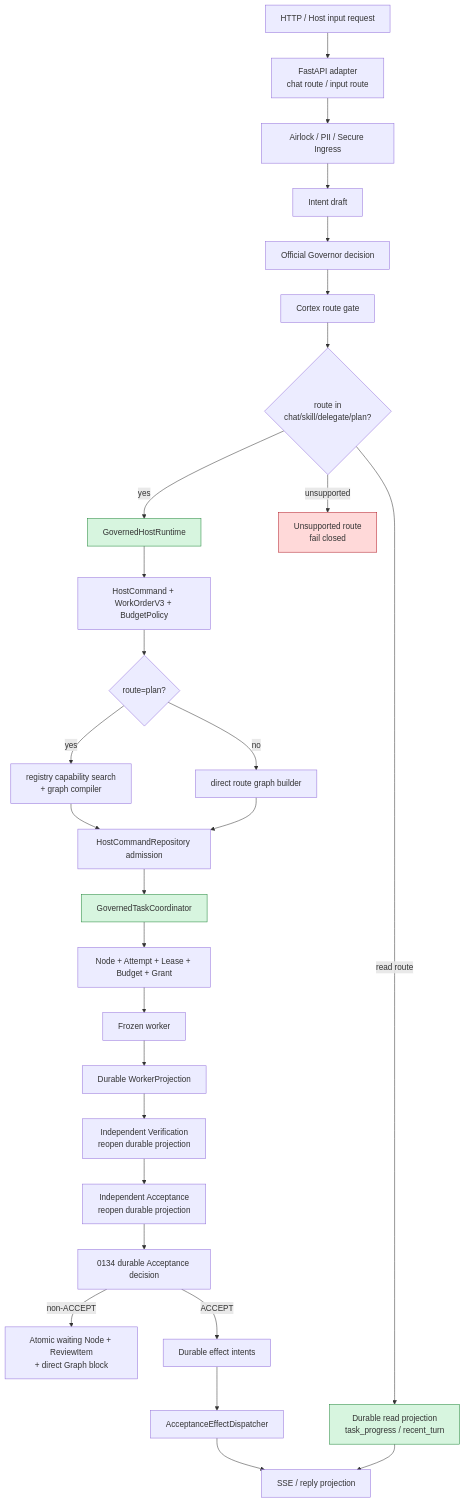
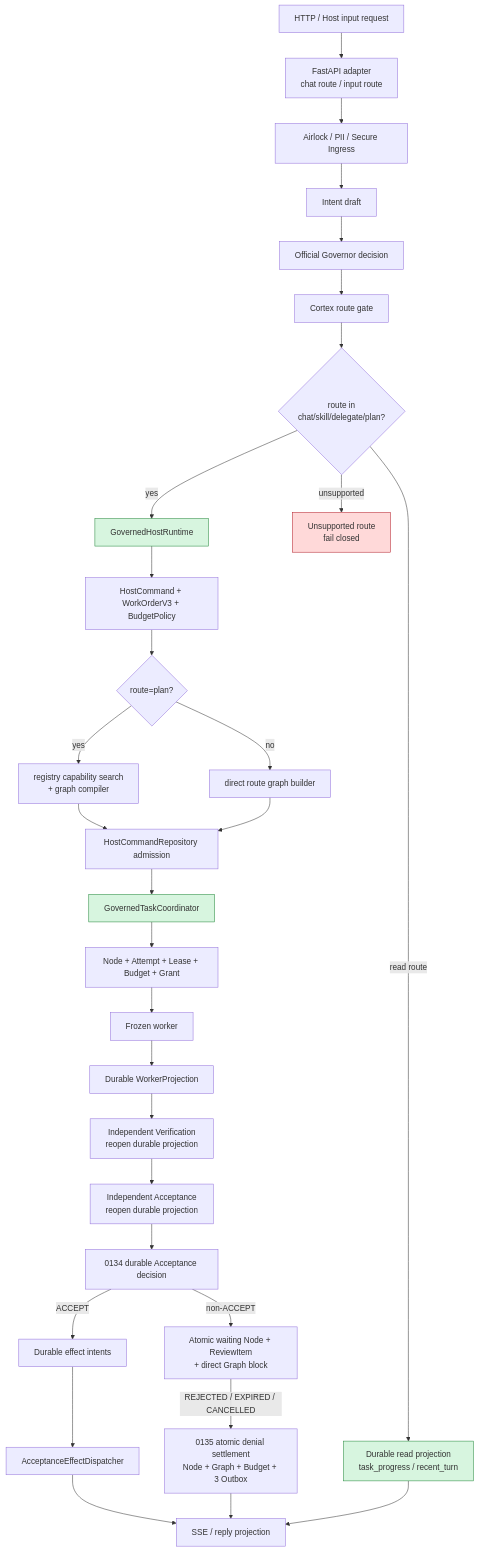
One commit to SakuraYoruno/Natsume_Ai changed the first of 4 diagrams in docs/50_project/arch/diagrams/02_main_chain_flow.md. Above: the diagram before and after it, drawn with Mermaid. The commit also changed other lines of this file and 35 other files, not shown here.

````diff
--- a/docs/50_project/arch/diagrams/02_main_chain_flow.md
+++ b/docs/50_project/arch/diagrams/02_main_chain_flow.md
@@ -13,44 +13,46 @@
 ```mermaid
 flowchart TD
     REQ["HTTP / Host input request"]
     ROUTE["FastAPI adapter\nchat route / input route"]
     AIR["Airlock / PII / Secure Ingress"]
     INTENT["Intent draft"]
     GOV["Official Governor decision"]
     CORTEX["Cortex route gate"]
     SUPPORT{"route in\nchat/skill/delegate/plan?"}
     GR["GovernedHostRuntime"]
     BUILD["HostCommand + WorkOrderV3 + BudgetPolicy"]
     PLAN{"route=plan?"}
     SEARCH["registry capability search\n+ graph compiler"]
     DIRECT["direct route graph builder"]
     ADMIT["HostCommandRepository admission"]
     TASK["GovernedTaskCoordinator"]
     NODE["Node + Attempt + Lease + Budget + Grant"]
     WORK["Frozen worker"]
     PROJECTION["Durable WorkerProjection"]
     VERIFY["Independent Verification\nreopen durable projection"]
     ACCEPT["Independent Acceptance\nreopen durable projection"]
     ADEC["0134 durable Acceptance decision"]
     REVIEW["Atomic waiting Node + ReviewItem\n+ direct Graph block"]
+    DENIAL["0135 atomic denial settlement\nNode + Graph + Budget + 3 Outbox"]
     EFFECT["Durable effect intents"]
     DISPATCH["AcceptanceEffectDispatcher"]
     SSE["SSE / reply projection"]
     READ["Durable read projection\ntask_progress / recent_turn"]
     REJECT["Unsupported route\nfail closed"]
 
     REQ --> ROUTE --> AIR --> INTENT --> GOV --> CORTEX --> SUPPORT
     SUPPORT -->|"yes"| GR --> BUILD --> PLAN
     PLAN -->|"yes"| SEARCH --> ADMIT
     PLAN -->|"no"| DIRECT --> ADMIT
     ADMIT --> TASK --> NODE --> WORK --> PROJECTION --> VERIFY --> ACCEPT --> ADEC
     ADEC -->|"ACCEPT"| EFFECT --> DISPATCH --> SSE
     ADEC -->|"non-ACCEPT"| REVIEW
+    REVIEW -->|"REJECTED / EXPIRED / CANCELLED"| DENIAL --> SSE
     SUPPORT -->|"read route"| READ --> SSE
     SUPPORT -->|"unsupported"| REJECT
 
     style GR fill:#d7f5df,stroke:#22863a
     style TASK fill:#d7f5df,stroke:#22863a
     style READ fill:#d7f5df,stroke:#22863a
     style REJECT fill:#ffd9d9,stroke:#b31d28
 ```
````
